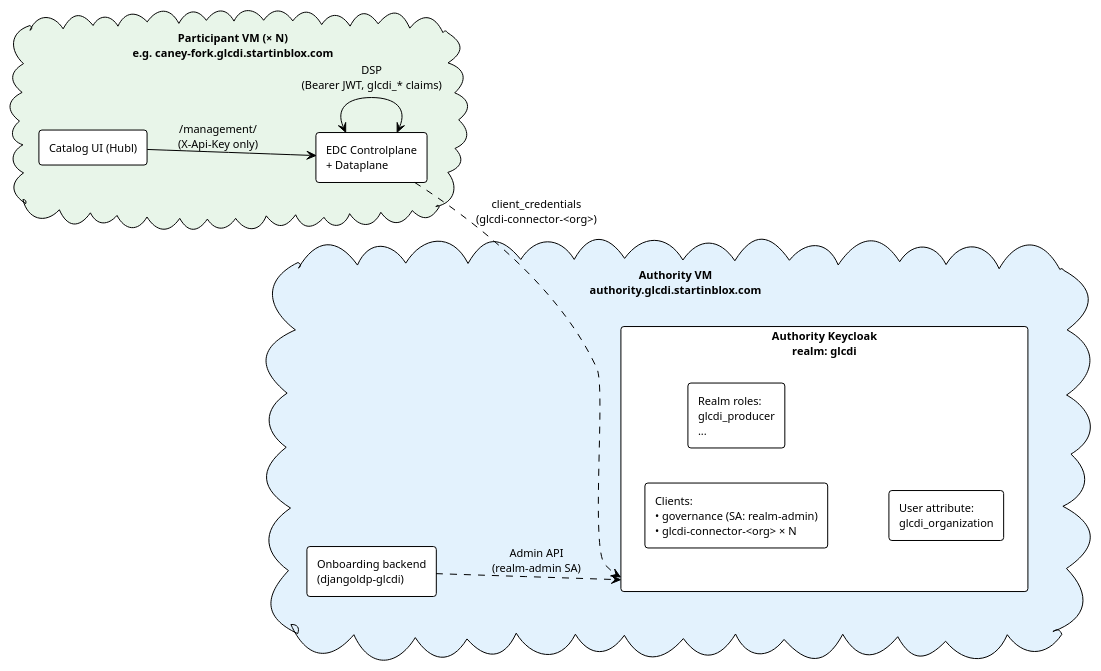
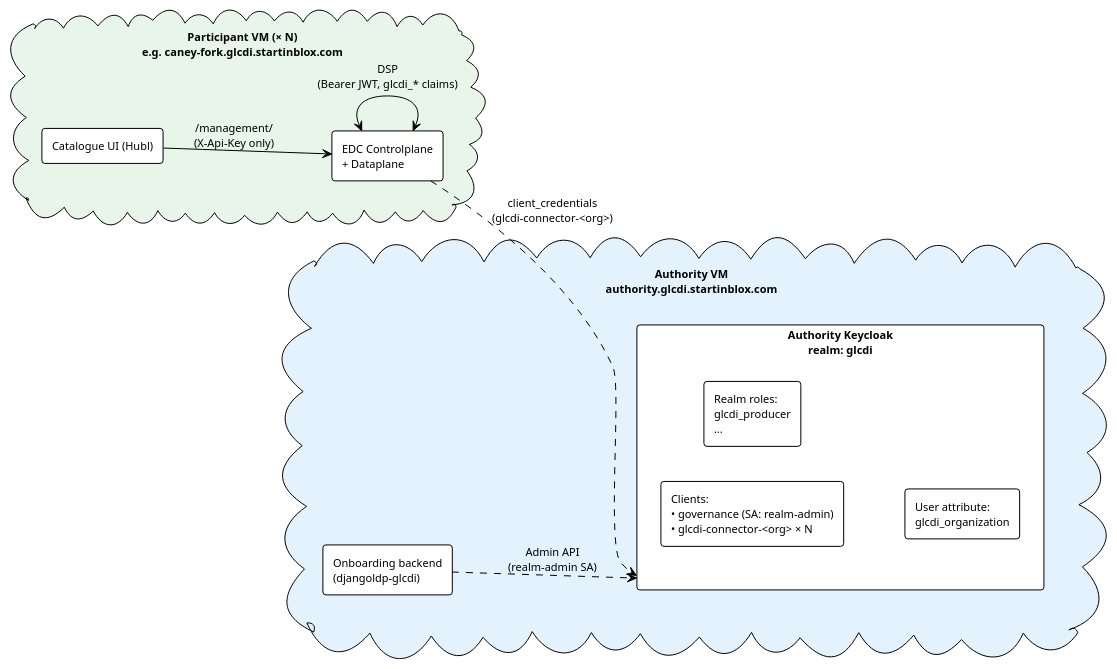
One commit to glcdi/documentation changed the second of 11 diagrams in reference/authentication.md. Above: the diagram before and after it, drawn with PlantUML. The commit also changed other lines of this file and 22 other files, not shown here.

````diff
--- a/reference/authentication.md
+++ b/reference/authentication.md
@@ -78,30 +78,30 @@
 ```plantuml
 @startuml
 !theme plain
 skinparam defaultFontSize 11
 skinparam roundcorner 6
 skinparam componentStyle rectangle
 left to right direction
 
 cloud "Authority VM\nauthority.glcdi.startinblox.com" as AUTH #E3F2FD {
   component "Authority Keycloak\nrealm: glcdi" as KC {
     component "Clients:\n• governance (SA: realm-admin)\n• glcdi-connector-<org> × N" as KCC
     component "Realm roles:\nglcdi_producer\n..." as KCR
     component "User attribute:\nglcdi_organization" as KCA
   }
   component "Onboarding backend\n(djangoldp-glcdi)" as OB
 }
 
 cloud "Participant VM (× N)\ne.g. caney-fork.glcdi.startinblox.com" as PV #E8F5E9 {
-  component "Catalog UI (Hubl)" as UI
+  component "Catalogue UI (Hubl)" as UI
   component "EDC Controlplane\n+ Dataplane" as EDC
 }
 
 AUTH -[hidden]right- PV
 
 OB ..> KC : Admin API\n(realm-admin SA)
 EDC ..> KC : client_credentials\n(glcdi-connector-<org>)
 UI --> EDC : /management/\n(X-Api-Key only)
 EDC <--> EDC : DSP\n(Bearer JWT, glcdi_* claims)
 @enduml
 ```
````
